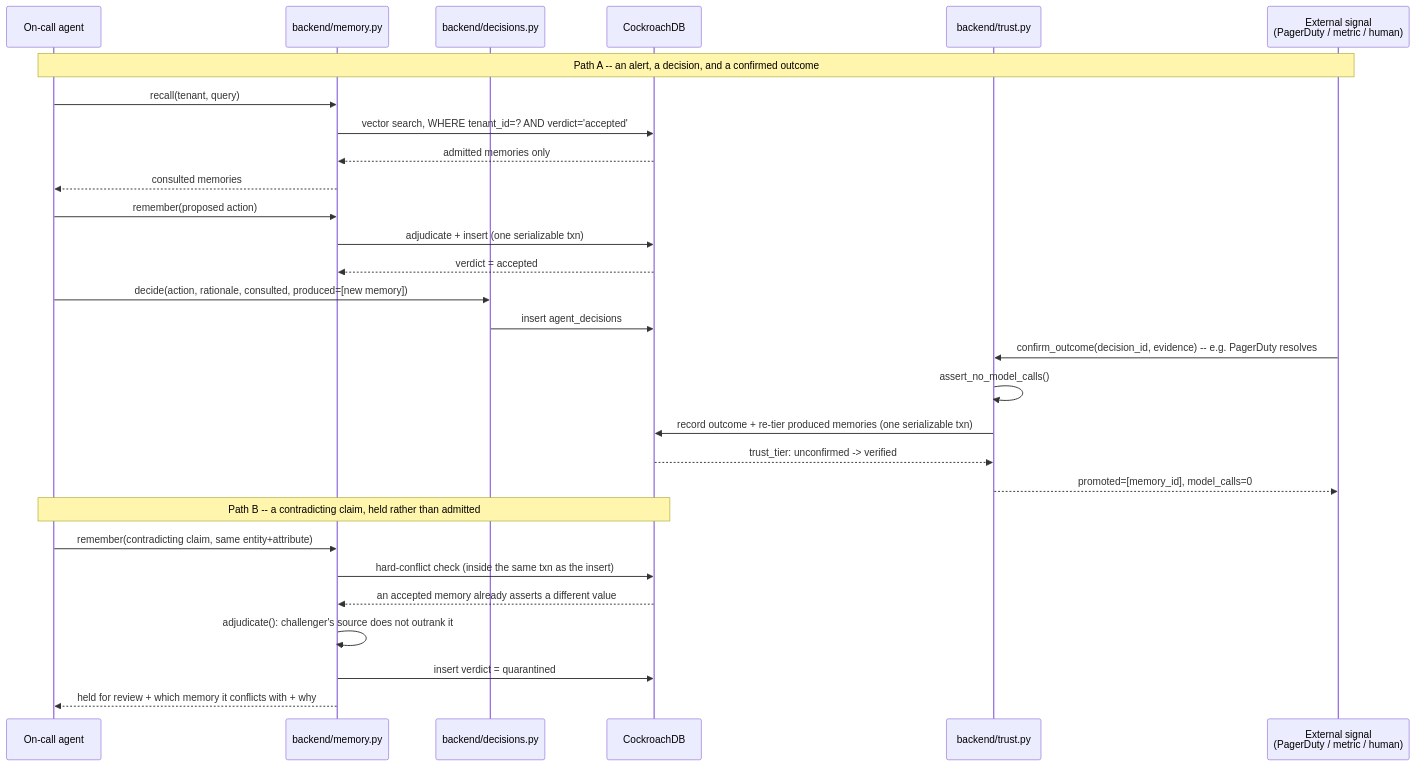
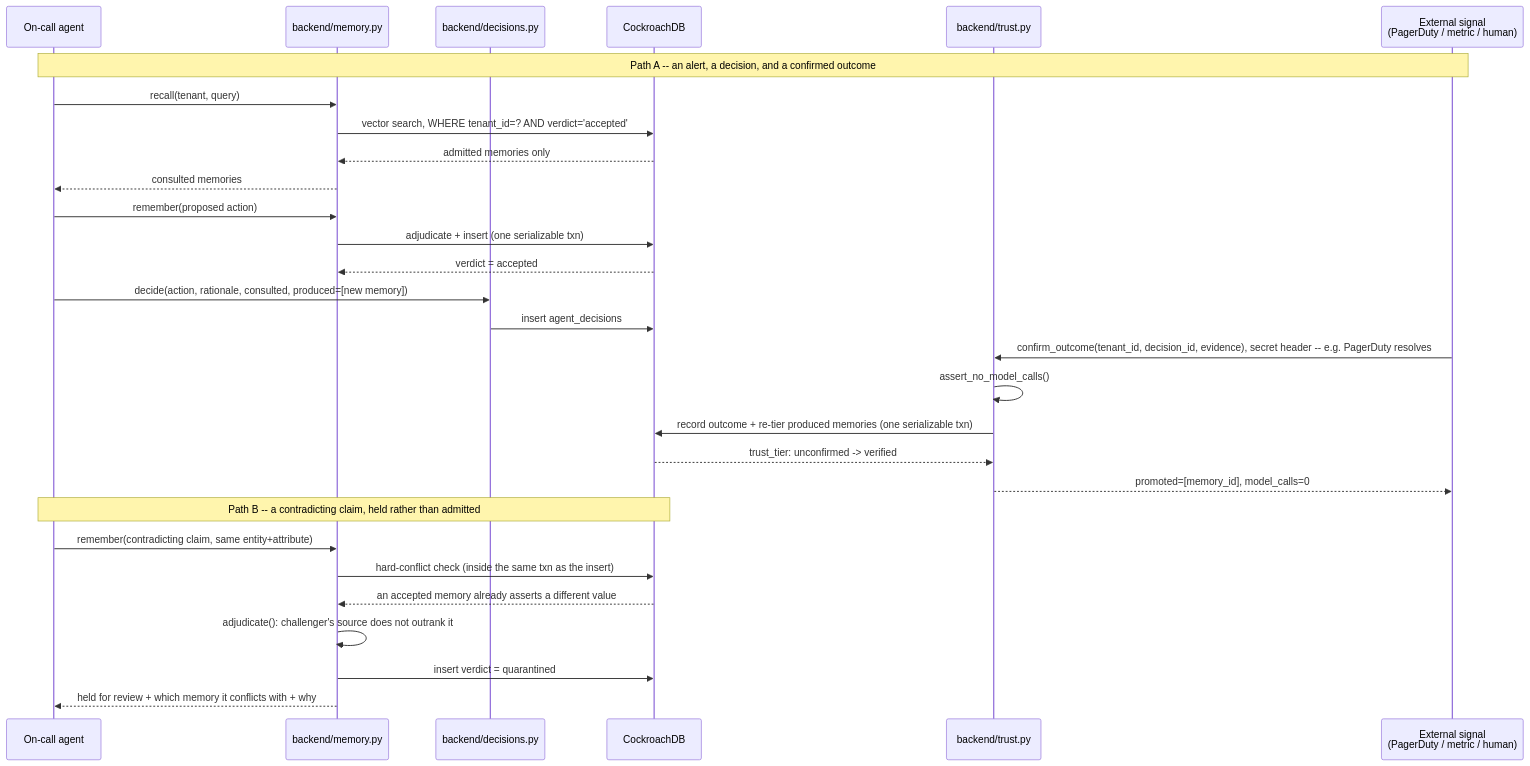
Before and after one commit to tomyimkc/memorystand: the second of 2 diagrams in ARCHITECTURE.md, drawn with Mermaid. The commit also changed other lines of this file and 11 other files, not shown here.

````diff
--- a/ARCHITECTURE.md
+++ b/ARCHITECTURE.md
@@ -80,33 +112,33 @@
 ```mermaid
 sequenceDiagram
     participant Agent as On-call agent
     participant Mem as backend/memory.py
     participant Dec as backend/decisions.py
     participant DB as CockroachDB
     participant Trust as backend/trust.py
     participant Ext as External signal<br/>(PagerDuty / metric / human)
 
     Note over Agent,Ext: Path A -- an alert, a decision, and a confirmed outcome
     Agent->>Mem: recall(tenant, query)
     Mem->>DB: vector search, WHERE tenant_id=? AND verdict='accepted'
     DB-->>Mem: admitted memories only
     Mem-->>Agent: consulted memories
     Agent->>Mem: remember(proposed action)
     Mem->>DB: adjudicate + insert (one serializable txn)
     DB-->>Mem: verdict = accepted
     Agent->>Dec: decide(action, rationale, consulted, produced=[new memory])
     Dec->>DB: insert agent_decisions
-    Ext->>Trust: confirm_outcome(decision_id, evidence) -- e.g. PagerDuty resolves
+    Ext->>Trust: confirm_outcome(tenant_id, decision_id, evidence), secret header -- e.g. PagerDuty resolves
     Trust->>Trust: assert_no_model_calls()
     Trust->>DB: record outcome + re-tier produced memories (one serializable txn)
     DB-->>Trust: trust_tier: unconfirmed -> verified
     Trust-->>Ext: promoted=[memory_id], model_calls=0
 
     Note over Agent,DB: Path B -- a contradicting claim, held rather than admitted
     Agent->>Mem: remember(contradicting claim, same entity+attribute)
     Mem->>DB: hard-conflict check (inside the same txn as the insert)
     DB-->>Mem: an accepted memory already asserts a different value
     Mem->>Mem: adjudicate(): challenger's source does not outrank it
     Mem->>DB: insert verdict = quarantined
     Mem-->>Agent: held for review + which memory it conflicts with + why
 ```
````
